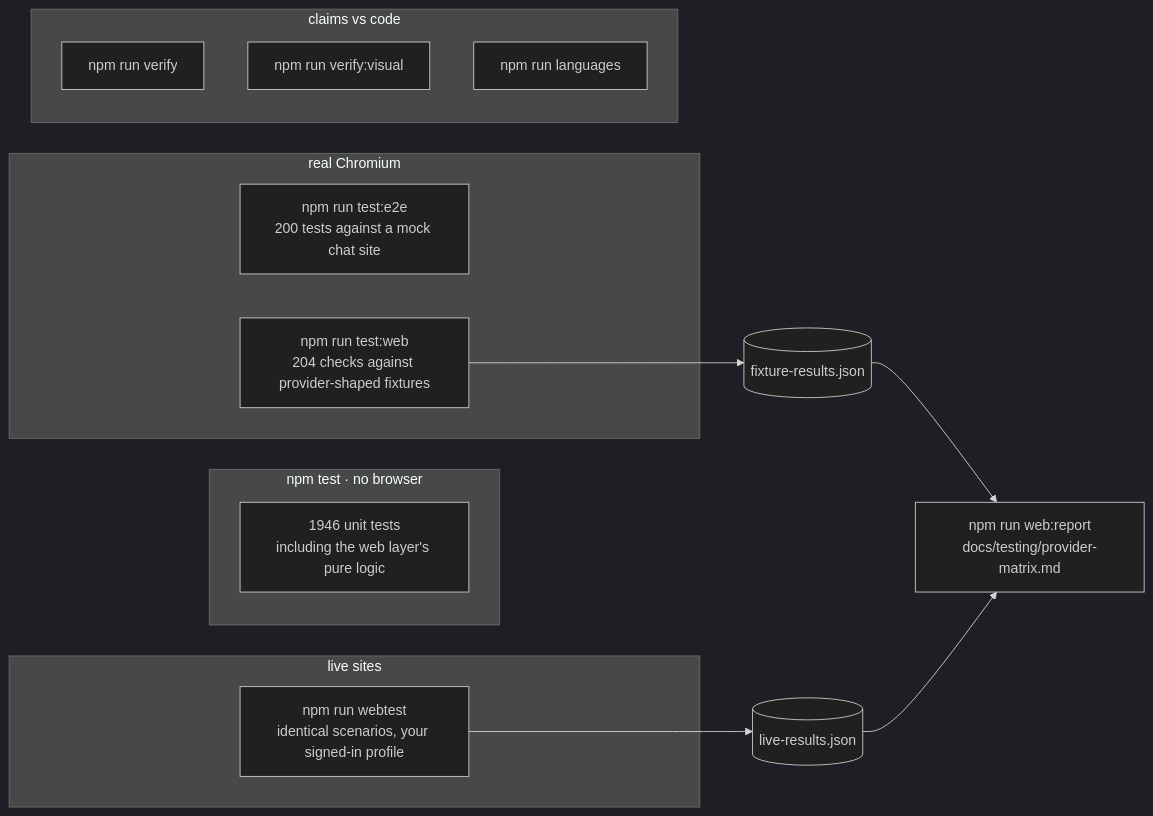
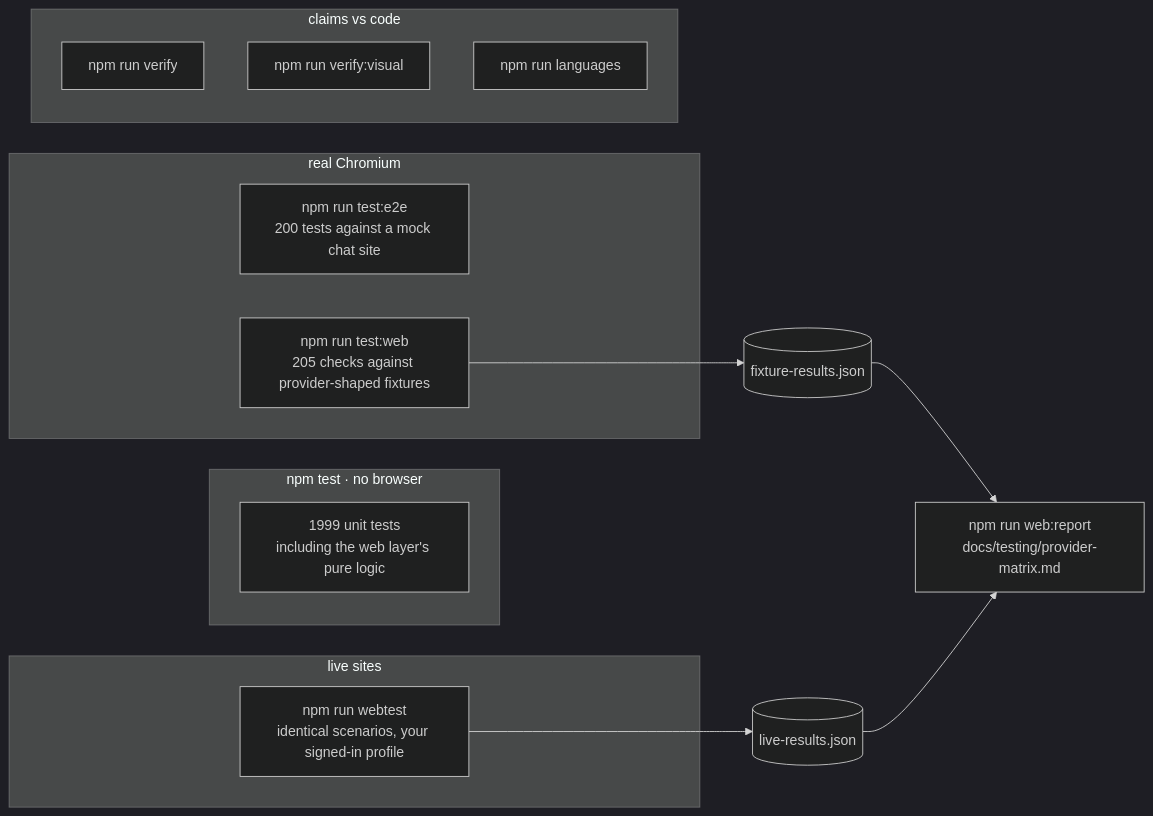
The eighth of 9 diagrams in README.md (siddarth1872004/CloseNI), drawn with Mermaid (dark theme) before and after one commit. The commit also changed other lines of this file and 4 other files, not shown here.

First line of the commit message:
Roadmap: Qwen, GLM and Ollama for the agent wait for after 1.0

````diff
--- a/README.md
+++ b/README.md
@@ -593,21 +593,21 @@
 ```mermaid
 flowchart LR
     subgraph unit["npm test · no browser"]
-        U1["1946 unit tests<br/>including the web layer's pure logic"]
+        U1["1999 unit tests<br/>including the web layer's pure logic"]
     end
     subgraph browser["real Chromium"]
         E2E["npm run test:e2e<br/>200 tests against a mock chat site"]
-        WEB["npm run test:web<br/>204 checks against provider-shaped fixtures"]
+        WEB["npm run test:web<br/>205 checks against provider-shaped fixtures"]
     end
     subgraph live["live sites"]
         WT["npm run webtest<br/>identical scenarios, your signed-in profile"]
     end
     subgraph meta["claims vs code"]
         VF["npm run verify"]
         VV["npm run verify:visual"]
         LG["npm run languages"]
     end
     WEB --> FR[("fixture-results.json")]
     WT --> LR[("live-results.json")]
     FR & LR --> REP["npm run web:report<br/>docs/testing/provider-matrix.md"]
 ```
````
